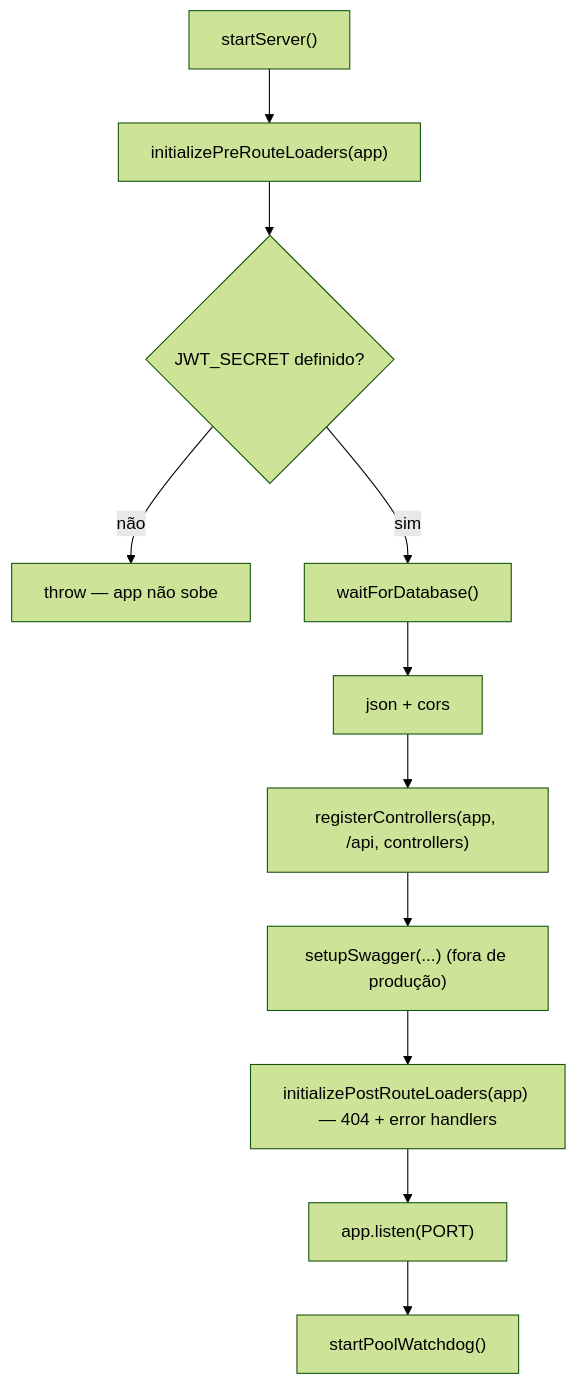
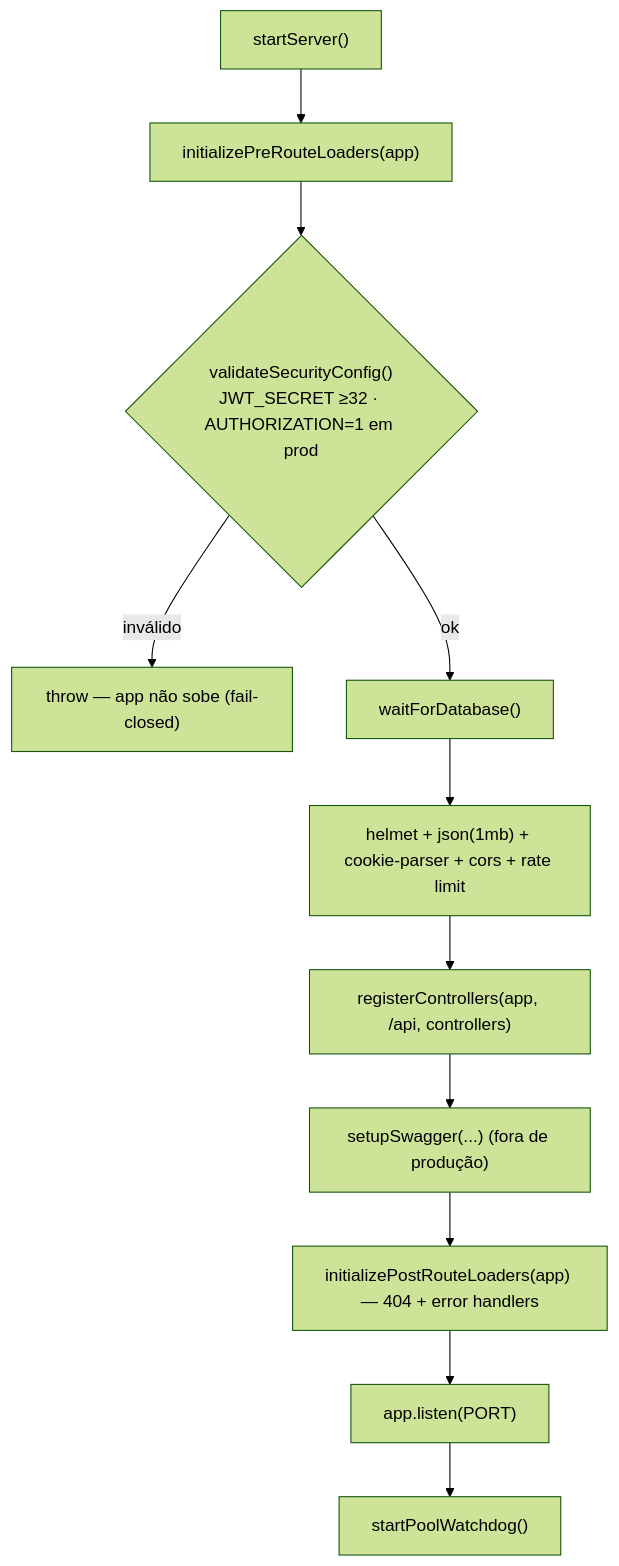
One commit to RaeII/base_node_pg changed the first of 2 diagrams in doc/arquitetura/ciclo-de-vida.md. Above: the diagram before and after it, drawn with Mermaid (forest theme). The commit also changed other lines of this file and 31 other files, not shown here.

````diff
--- a/doc/arquitetura/ciclo-de-vida.md
+++ b/doc/arquitetura/ciclo-de-vida.md
@@ -17,13 +17,13 @@
 ```mermaid
 graph TD
     START["startServer()"] --> PRE["initializePreRouteLoaders(app)"]
-    PRE --> JWT{"JWT_SECRET definido?"}
-    JWT -->|não| FAIL["throw — app não sobe"]
-    JWT -->|sim| WAIT["waitForDatabase()"]
-    WAIT --> MW["json + cors"]
+    PRE --> SEC{"validateSecurityConfig()\nJWT_SECRET ≥32 · AUTHORIZATION=1 em prod"}
+    SEC -->|inválido| FAIL["throw — app não sobe (fail-closed)"]
+    SEC -->|ok| WAIT["waitForDatabase()"]
+    WAIT --> MW["helmet + json(1mb) + cookie-parser + cors + rate limit"]
     MW --> REG["registerControllers(app, /api, controllers)"]
     REG --> SWG["setupSwagger(...) (fora de produção)"]
     SWG --> POST["initializePostRouteLoaders(app) — 404 + error handlers"]
     POST --> LISTEN["app.listen(PORT)"]
     LISTEN --> WD["startPoolWatchdog()"]
 ```
````
